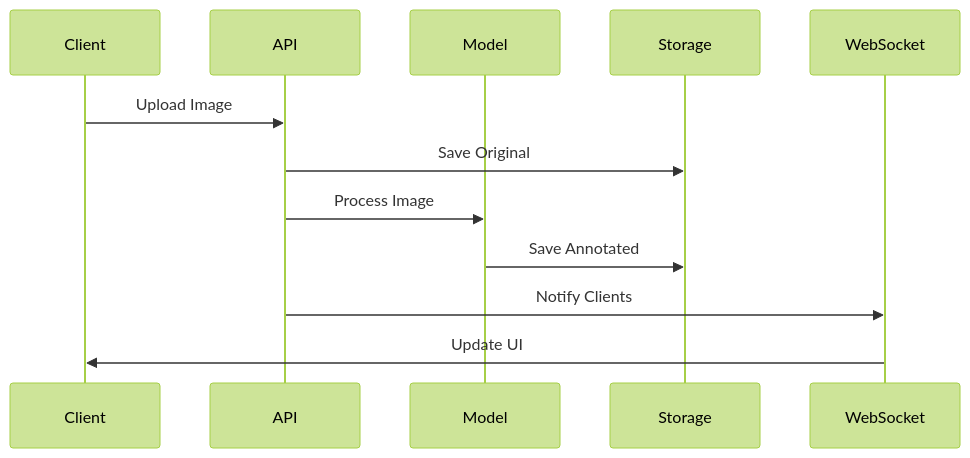
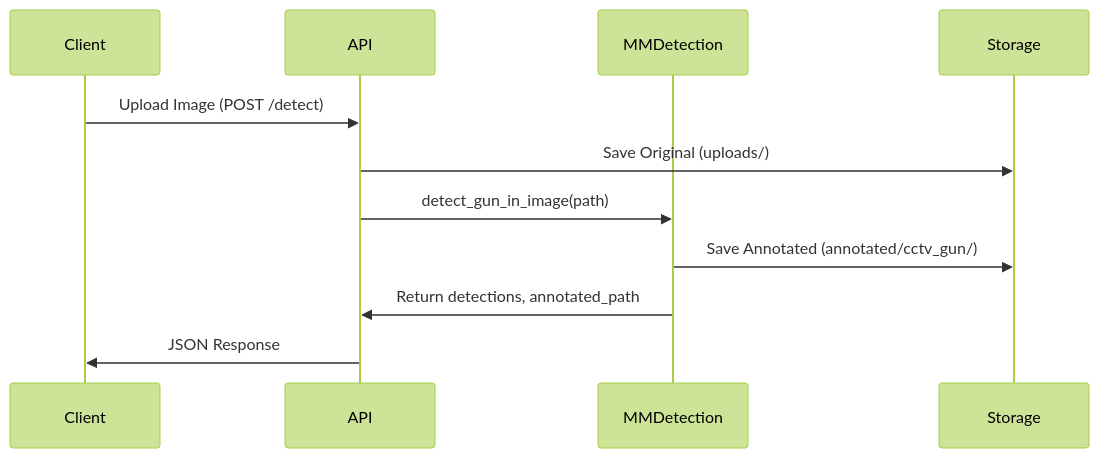
The second of 3 diagrams in memory-bank/systemPatterns.md (rnpnkr/threat-detector), drawn with Mermaid (forest theme) before and after one commit. The commit also changed other lines of this file and 13 other files, not shown here.

````diff
--- a/memory-bank/systemPatterns.md
+++ b/memory-bank/systemPatterns.md
@@ -71,15 +68,14 @@
 ```mermaid
 sequenceDiagram
     participant Client
     participant API
-    participant Model
+    participant MMDetection
     participant Storage
-    participant WebSocket
 
-    Client->>API: Upload Image
-    API->>Storage: Save Original
-    API->>Model: Process Image
-    Model->>Storage: Save Annotated
-    API->>WebSocket: Notify Clients
-    WebSocket->>Client: Update UI
+    Client->>API: Upload Image (POST /detect)
+    API->>Storage: Save Original (uploads/)
+    API->>MMDetection: detect_gun_in_image(path)
+    MMDetection->>Storage: Save Annotated (annotated/cctv_gun/)
+    MMDetection->>API: Return detections, annotated_path
+    API->>Client: JSON Response
 ```
````
